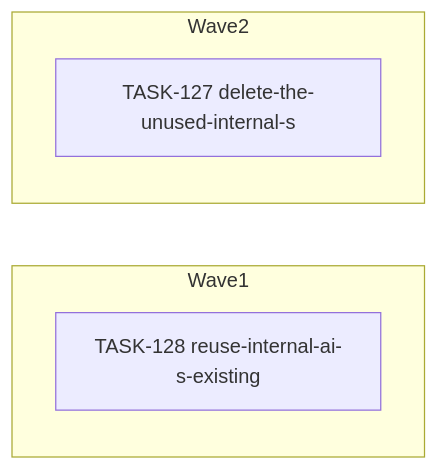
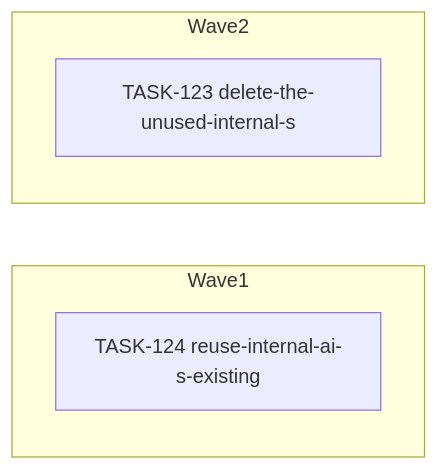
Before and after one commit to falkcorp/audiobook-organizer: the diagram in docs/agent-tasks/todo-completion/scanner/orchestration.md, drawn with Mermaid. The commit also changed other lines of this file and 406 other files, not shown here.

````diff
--- a/docs/agent-tasks/todo-completion/scanner/orchestration.md
+++ b/docs/agent-tasks/todo-completion/scanner/orchestration.md
@@ -12,10 +12,10 @@
 ```mermaid
 flowchart LR
     subgraph Wave1
-      TASK128[TASK-128 reuse-internal-ai-s-existing]
+      TASK124[TASK-124 reuse-internal-ai-s-existing]
     end
     subgraph Wave2
-      TASK127[TASK-127 delete-the-unused-internal-s]
+      TASK123[TASK-123 delete-the-unused-internal-s]
     end
 
 ```
````
